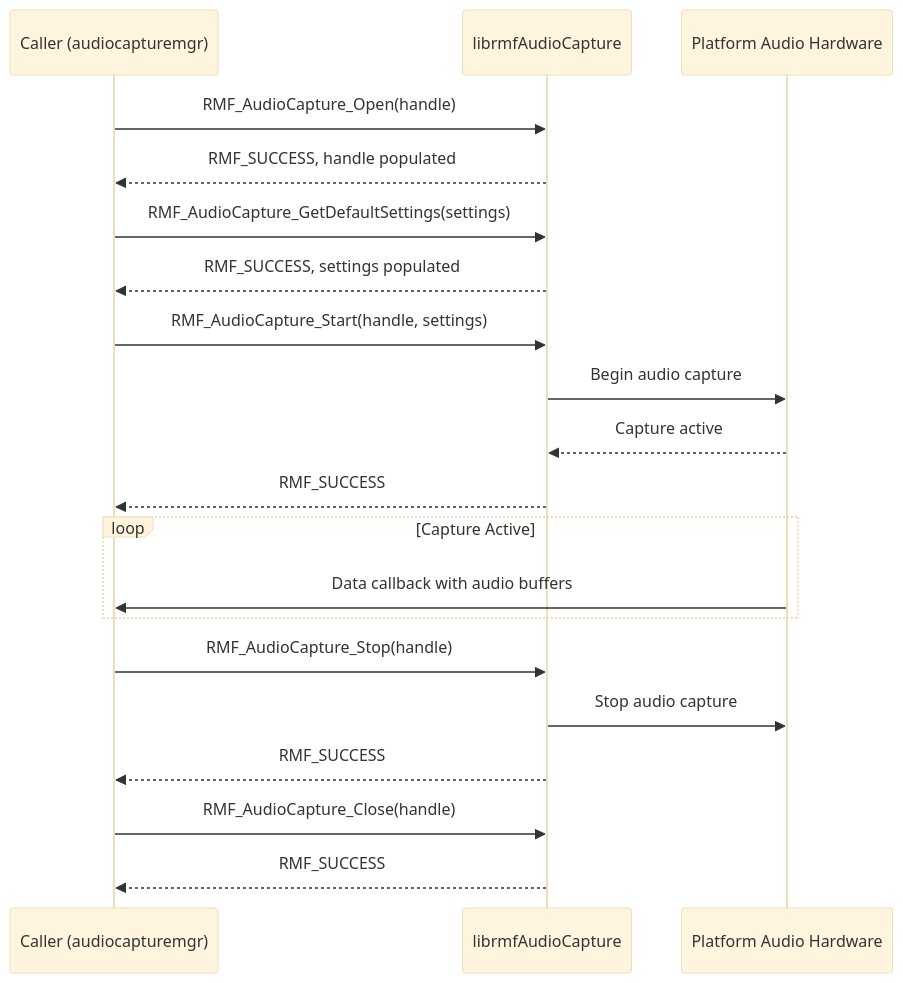
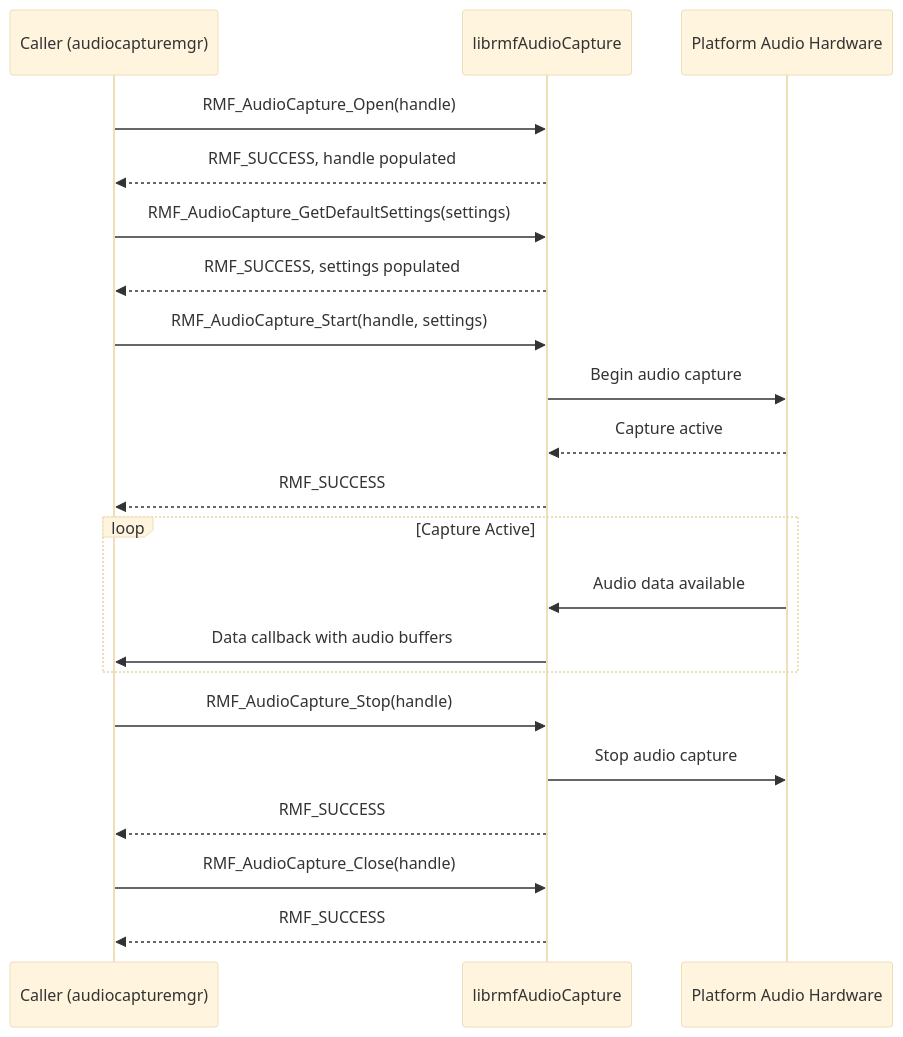
Before and after one commit to gourivarma3/media_utils: the third of 7 diagrams in README.md, drawn with Mermaid (base theme). The commit also changed other lines of this file, not shown here.

````diff
--- a/README.md
+++ b/README.md
@@ -110,28 +110,29 @@
 ```mermaid
 sequenceDiagram
     participant Caller as Caller (audiocapturemgr)
     participant RMF as librmfAudioCapture
     participant HW as Platform Audio Hardware
 
     Caller->>RMF: RMF_AudioCapture_Open(handle)
     RMF-->>Caller: RMF_SUCCESS, handle populated
 
     Caller->>RMF: RMF_AudioCapture_GetDefaultSettings(settings)
     RMF-->>Caller: RMF_SUCCESS, settings populated
 
     Caller->>RMF: RMF_AudioCapture_Start(handle, settings)
     RMF->>HW: Begin audio capture
     HW-->>RMF: Capture active
     RMF-->>Caller: RMF_SUCCESS
 
     loop Capture Active
-        HW->>Caller: Data callback with audio buffers
+        HW->>RMF: Audio data available
+        RMF->>Caller: Data callback with audio buffers
     end
 
     Caller->>RMF: RMF_AudioCapture_Stop(handle)
     RMF->>HW: Stop audio capture
     RMF-->>Caller: RMF_SUCCESS
 
     Caller->>RMF: RMF_AudioCapture_Close(handle)
     RMF-->>Caller: RMF_SUCCESS
 ```
````
